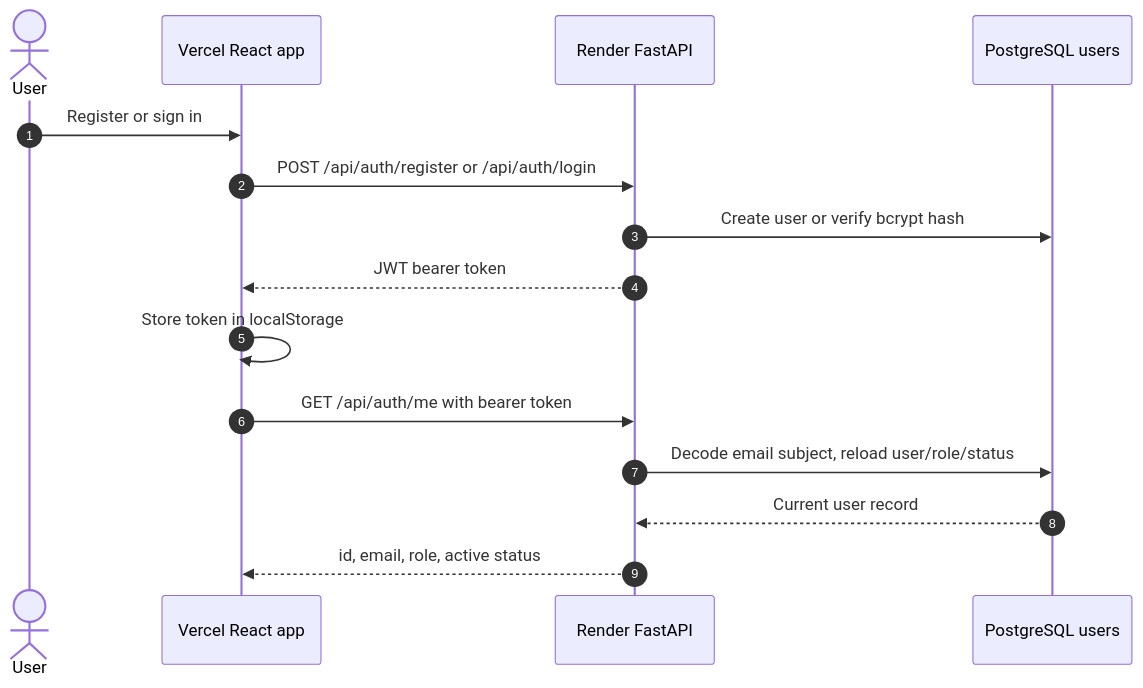
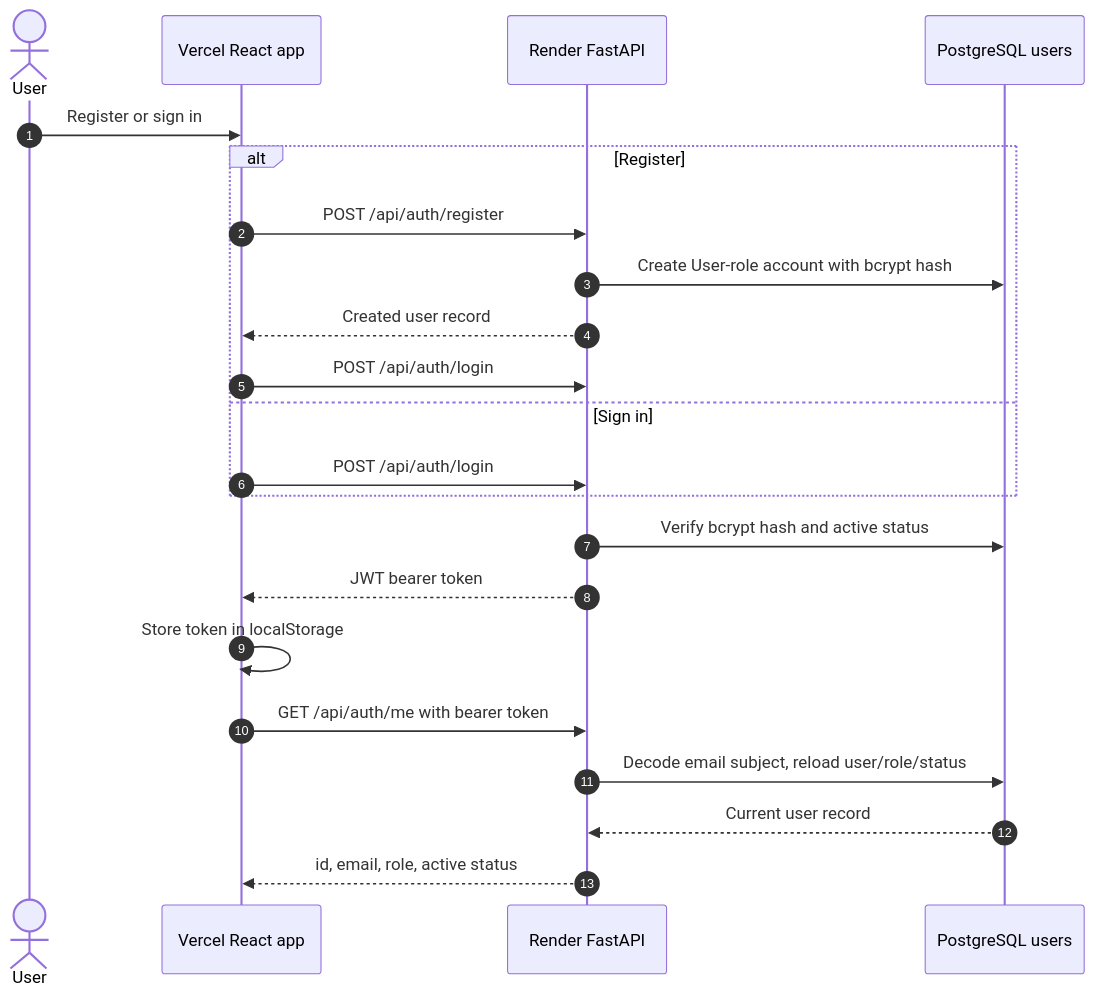
Before and after one commit to tccao/CloudSim: the second of 3 diagrams in docs/Architecture_Diagram.md, drawn with Mermaid. The commit also changed other lines of this file and 1 other file, not shown here.

Commit message:
docs(walkthrough): Enhance clarity on user registration, JWT handling, and data ownership in the demo guide

````diff
--- a/docs/Architecture_Diagram.md
+++ b/docs/Architecture_Diagram.md
@@ -90,18 +89,25 @@
 ```mermaid
 sequenceDiagram
     autonumber
     actor User
     participant UI as Vercel React app
     participant API as Render FastAPI
     participant DB as PostgreSQL users
 
     User->>UI: Register or sign in
-    UI->>API: POST /api/auth/register or /api/auth/login
-    API->>DB: Create user or verify bcrypt hash
+    alt Register
+        UI->>API: POST /api/auth/register
+        API->>DB: Create User-role account with bcrypt hash
+        API-->>UI: Created user record
+        UI->>API: POST /api/auth/login
+    else Sign in
+        UI->>API: POST /api/auth/login
+    end
+    API->>DB: Verify bcrypt hash and active status
     API-->>UI: JWT bearer token
     UI->>UI: Store token in localStorage
     UI->>API: GET /api/auth/me with bearer token
     API->>DB: Decode email subject, reload user/role/status
     DB-->>API: Current user record
     API-->>UI: id, email, role, active status
 ```
````
